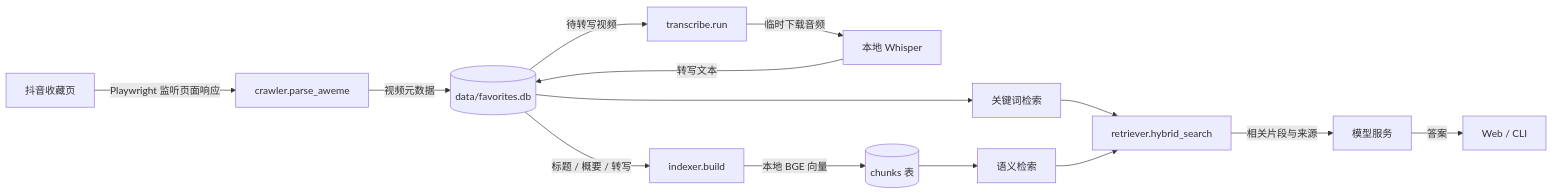
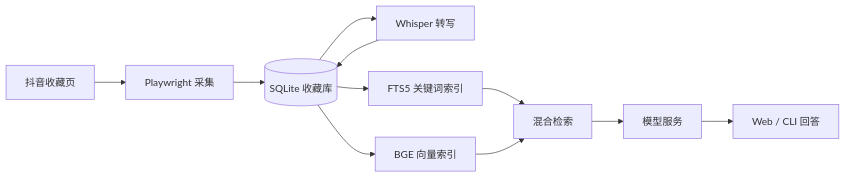
One commit to qhanqing98-cyber/douyin-favorite-ai changed the diagram in README.md. Above: the diagram before and after it, drawn with Mermaid. The commit also changed other lines of this file, not shown here.

````diff
--- a/README.md
+++ b/README.md
@@ -46,16 +66,13 @@
 ```mermaid
 flowchart LR
-    A[抖音收藏页] -->|Playwright 监听页面响应| B[crawler.parse_aweme]
-    B -->|视频元数据| C[(data/favorites.db)]
-    C -->|待转写视频| D[transcribe.run]
-    D -->|临时下载音频| E[本地 Whisper]
-    E -->|转写文本| C
-    C -->|标题 / 概要 / 转写| F[indexer.build]
-    F -->|本地 BGE 向量| G[(chunks 表)]
-    C --> H[关键词检索]
-    G --> I[语义检索]
-    H --> J[retriever.hybrid_search]
-    I --> J
-    J -->|相关片段与来源| K[模型服务]
-    K -->|答案| L[Web / CLI]
+    A[抖音收藏页] --> B[Playwright 采集]
+    B --> C[(SQLite 收藏库)]
+    C --> D[Whisper 转写]
+    D --> C
+    C --> E[FTS5 关键词索引]
+    C --> F[BGE 向量索引]
+    E --> G[混合检索]
+    F --> G
+    G --> H[模型服务]
+    H --> I[Web / CLI 回答]
 ```
````
